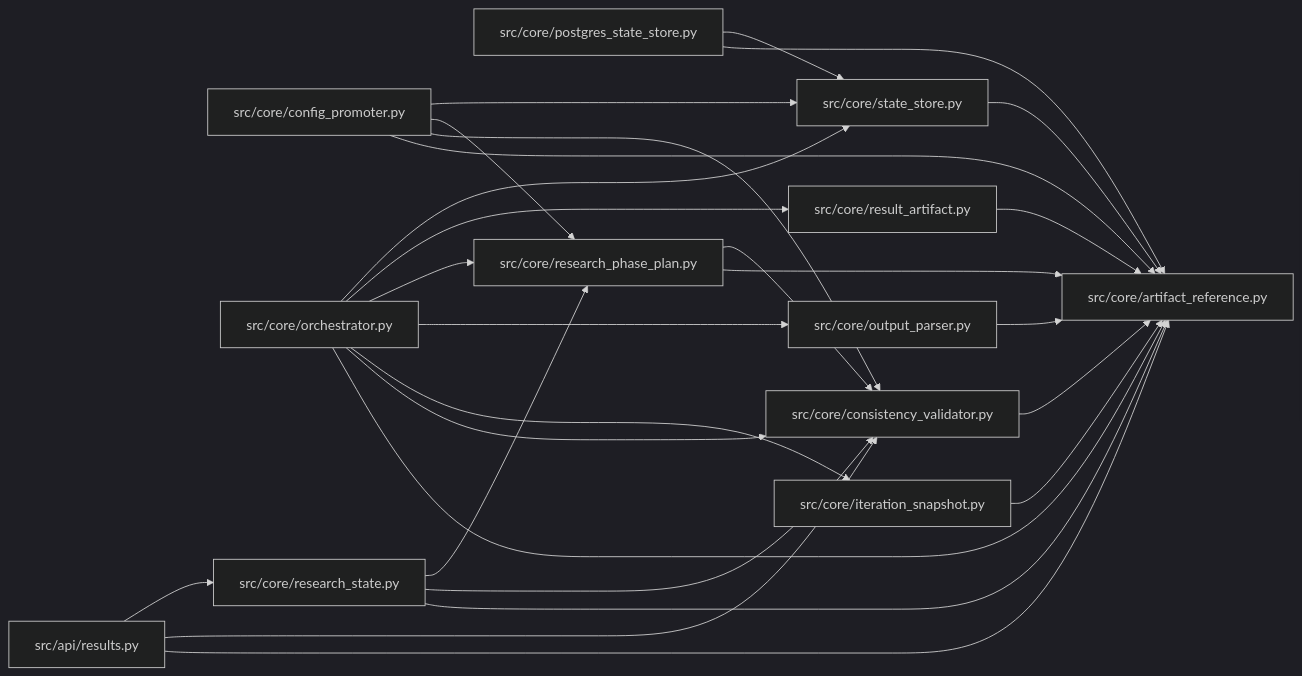
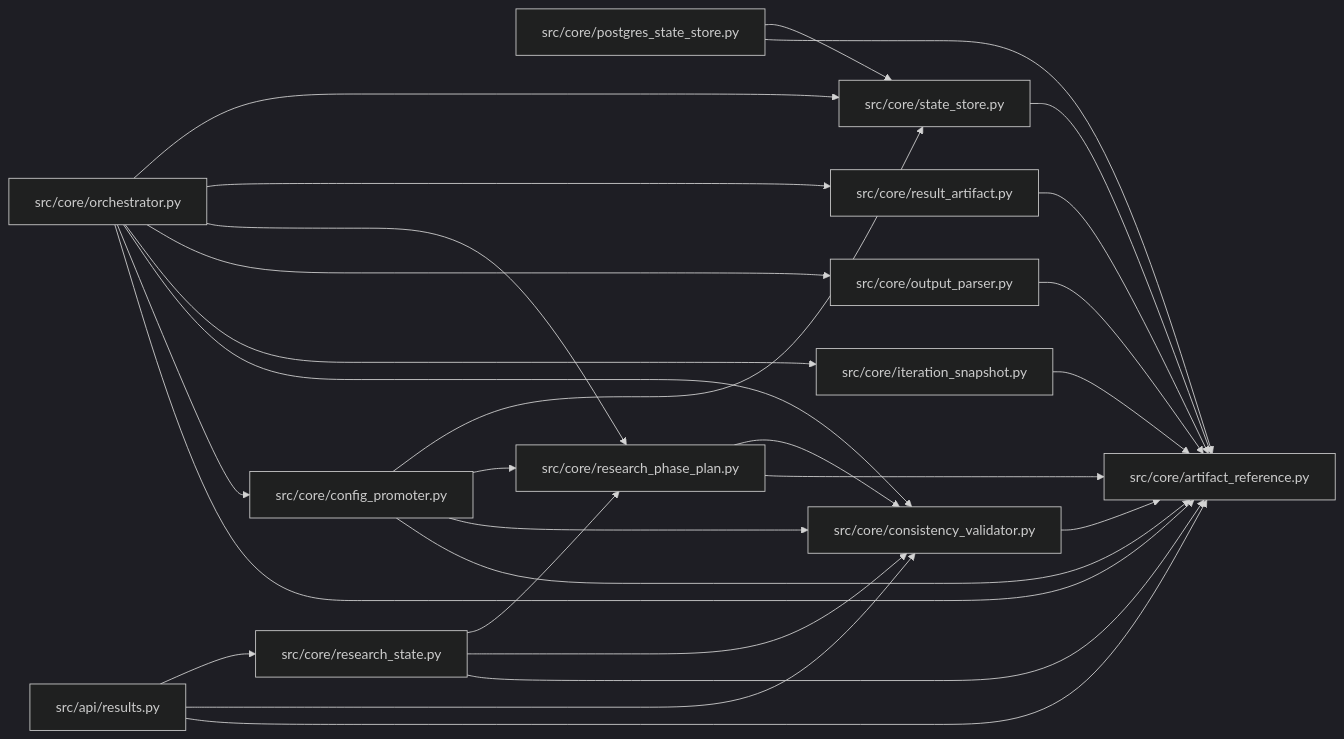
Before and after one commit to Denissvgn/autoresearch-agent: the diagram in docs/llm_wiki/modules/artifact_reference.md, drawn with Mermaid (dark theme). The commit also changed 1033 other files, not shown here.

````diff
--- a/docs/llm_wiki/modules/artifact_reference.md
+++ b/docs/llm_wiki/modules/artifact_reference.md
@@ -20,53 +20,54 @@
 ```mermaid
 flowchart LR
     n0["src/api/results.py"]
     n1["src/core/artifact_reference.py"]
     n2["src/core/config_promoter.py"]
     n3["src/core/consistency_validator.py"]
     n4["src/core/iteration_snapshot.py"]
     n5["src/core/orchestrator.py"]
     n6["src/core/output_parser.py"]
     n7["src/core/postgres_state_store.py"]
     n8["src/core/research_phase_plan.py"]
     n9["src/core/research_state.py"]
     n10["src/core/result_artifact.py"]
     n11["src/core/state_store.py"]
     n0 --> n1
     n0 --> n3
     n0 --> n9
     n2 --> n1
     n2 --> n3
     n2 --> n8
     n2 --> n11
     n3 --> n1
     n4 --> n1
     n5 --> n1
+    n5 --> n2
     n5 --> n3
     n5 --> n4
     n5 --> n6
     n5 --> n8
     n5 --> n10
     n5 --> n11
     n6 --> n1
     n7 --> n1
     n7 --> n11
     n8 --> n1
     n8 --> n3
     n9 --> n1
     n9 --> n3
     n9 --> n8
     n10 --> n1
     n11 --> n1
     click n0 "../modules/results.md"
     click n1 "../modules/artifact_reference.md"
     click n2 "../modules/config_promoter.md"
     click n3 "../modules/consistency_validator.md"
     click n4 "../modules/iteration_snapshot.md"
     click n5 "../modules/orchestrator.md"
     click n6 "../modules/output_parser.md"
     click n7 "../modules/postgres_state_store.md"
     click n8 "../modules/research_phase_plan.md"
     click n9 "../modules/research_state.md"
     click n10 "../modules/result_artifact.md"
     click n11 "../modules/state_store.md"
 ```
````
